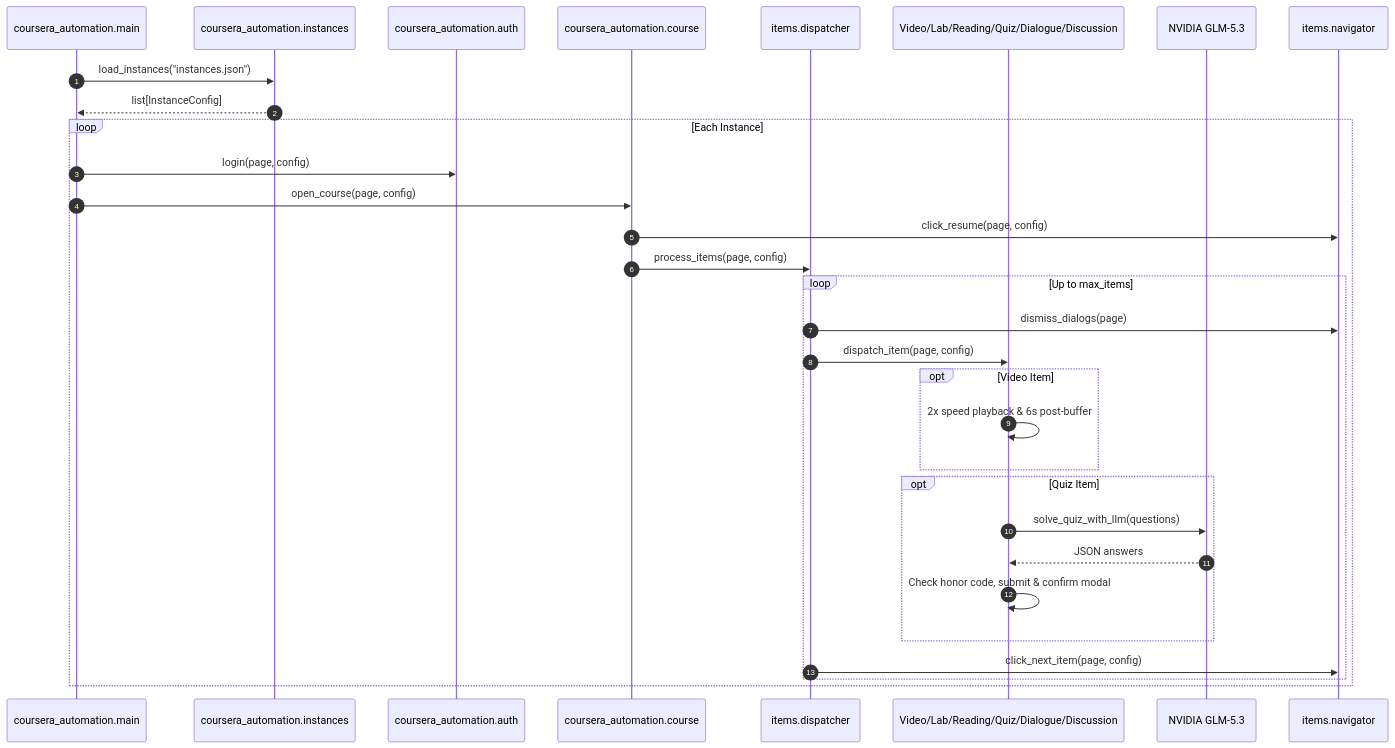
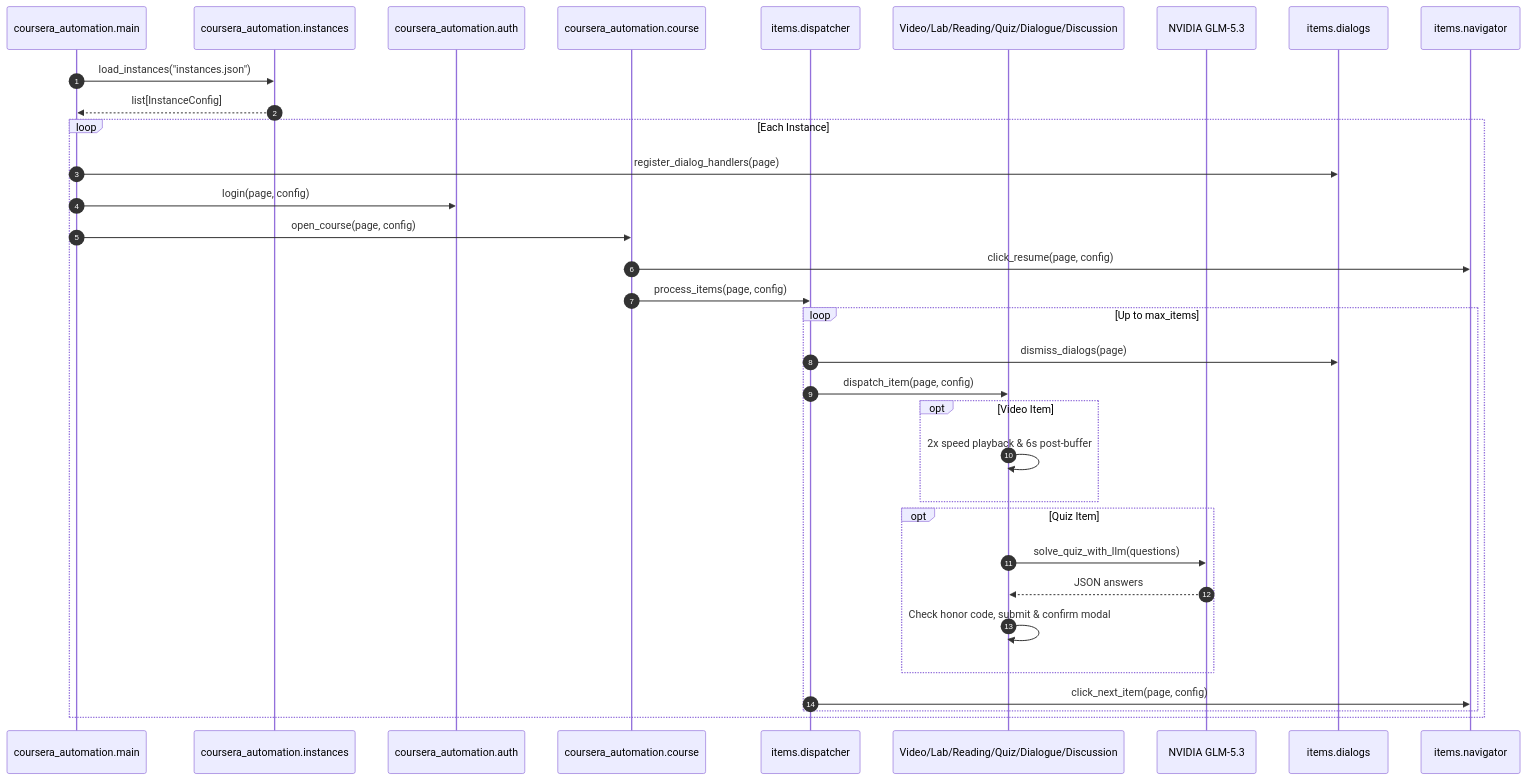
Before and after one commit to dheereshag/coursera: the diagram in docs/ARCHITECTURE.md, drawn with Mermaid. The commit also changed other lines of this file and 6 other files, not shown here.

````diff
--- a/docs/ARCHITECTURE.md
+++ b/docs/ARCHITECTURE.md
@@ -7,35 +7,37 @@
 ```mermaid
 sequenceDiagram
     autonumber
     participant Main as coursera_automation.main
     participant Inst as coursera_automation.instances
     participant Auth as coursera_automation.auth
     participant Course as coursera_automation.course
     participant Disp as items.dispatcher
     participant Item as Video/Lab/Reading/Quiz/Dialogue/Discussion
     participant LLM as NVIDIA GLM-5.3
+    participant Dial as items.dialogs
     participant Nav as items.navigator
 
     Main->>Inst: load_instances("instances.json")
     Inst-->>Main: list[InstanceConfig]
     loop Each Instance
+        Main->>Dial: register_dialog_handlers(page)
         Main->>Auth: login(page, config)
         Main->>Course: open_course(page, config)
         Course->>Nav: click_resume(page, config)
         Course->>Disp: process_items(page, config)
         loop Up to max_items
-            Disp->>Nav: dismiss_dialogs(page)
+            Disp->>Dial: dismiss_dialogs(page)
             Disp->>Item: dispatch_item(page, config)
             opt Video Item
                 Item->>Item: 2x speed playback & 6s post-buffer
             end
             opt Quiz Item
                 Item->>LLM: solve_quiz_with_llm(questions)
                 LLM-->>Item: JSON answers
                 Item->>Item: Check honor code, submit & confirm modal
             end
 
             Disp->>Nav: click_next_item(page, config)
         end
     end
 ```
````
